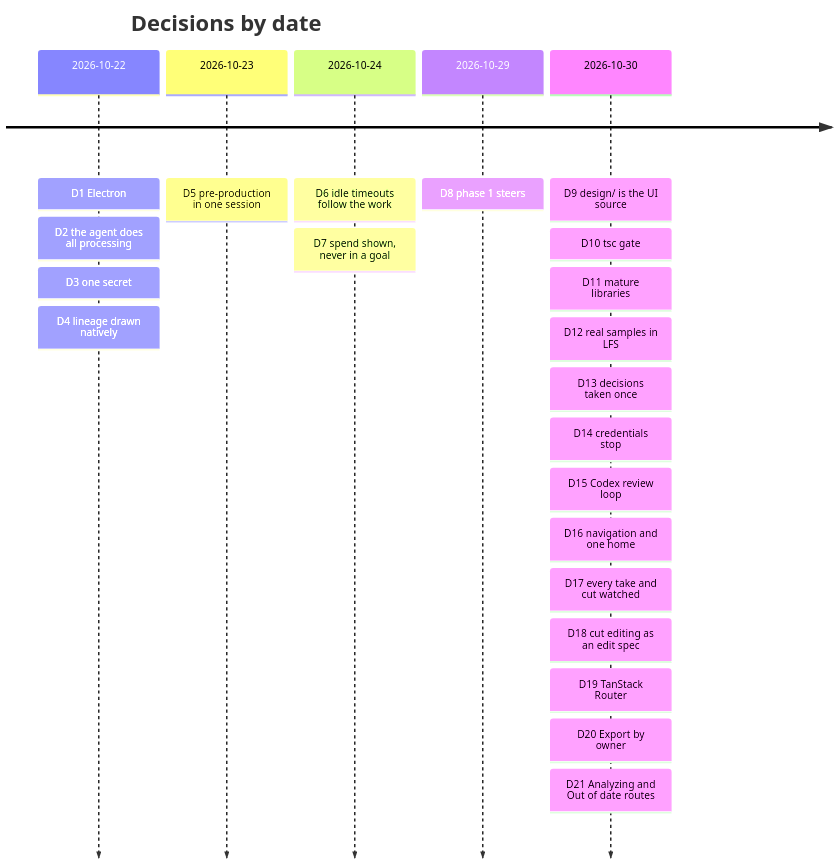
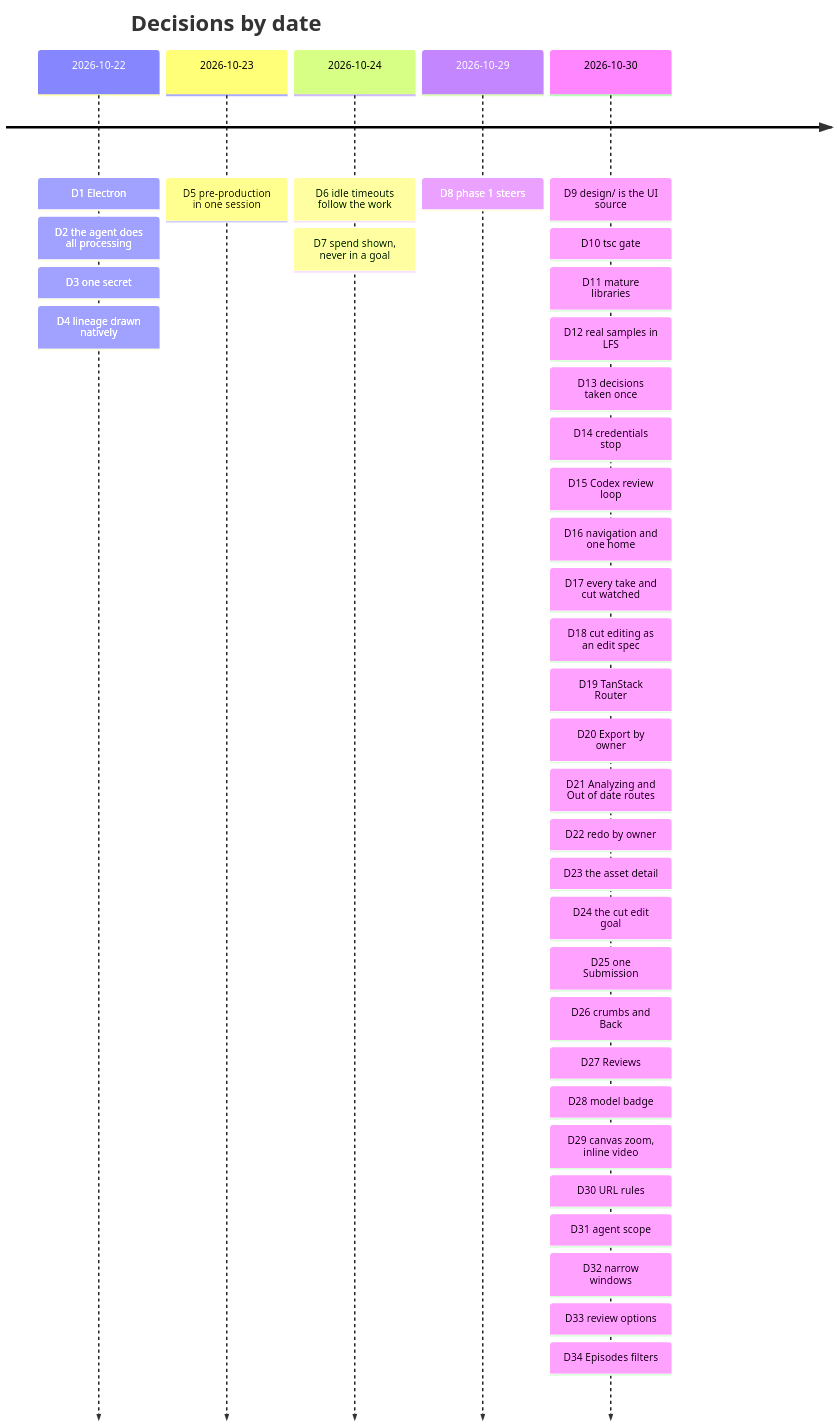
Before and after one commit to PineComputer/open-pinedrama: the diagram in docs/decisions.md, drawn with Mermaid. The commit also changed other lines of this file, not shown here.

First line of the commit message:
docs: D22-D34, the decisions made in messages today, with their grounds; D21's Out of date is a list

````diff
--- a/docs/decisions.md
+++ b/docs/decisions.md
@@ -16,9 +16,9 @@
 ```mermaid
 timeline
   title Decisions by date
   2026-10-22 : D1 Electron : D2 the agent does all processing : D3 one secret : D4 lineage drawn natively
   2026-10-23 : D5 pre-production in one session
   2026-10-24 : D6 idle timeouts follow the work : D7 spend shown, never in a goal
   2026-10-29 : D8 phase 1 steers
-  2026-10-30 : D9 design/ is the UI source : D10 tsc gate : D11 mature libraries : D12 real samples in LFS : D13 decisions taken once : D14 credentials stop : D15 Codex review loop : D16 navigation and one home : D17 every take and cut watched : D18 cut editing as an edit spec : D19 TanStack Router : D20 Export by owner : D21 Analyzing and Out of date routes
+  2026-10-30 : D9 design/ is the UI source : D10 tsc gate : D11 mature libraries : D12 real samples in LFS : D13 decisions taken once : D14 credentials stop : D15 Codex review loop : D16 navigation and one home : D17 every take and cut watched : D18 cut editing as an edit spec : D19 TanStack Router : D20 Export by owner : D21 Analyzing and Out of date routes : D22 redo by owner : D23 the asset detail : D24 the cut edit goal : D25 one Submission : D26 crumbs and Back : D27 Reviews : D28 model badge : D29 canvas zoom, inline video : D30 URL rules : D31 agent scope : D32 narrow windows : D33 review options : D34 Episodes filters
 ```
````
